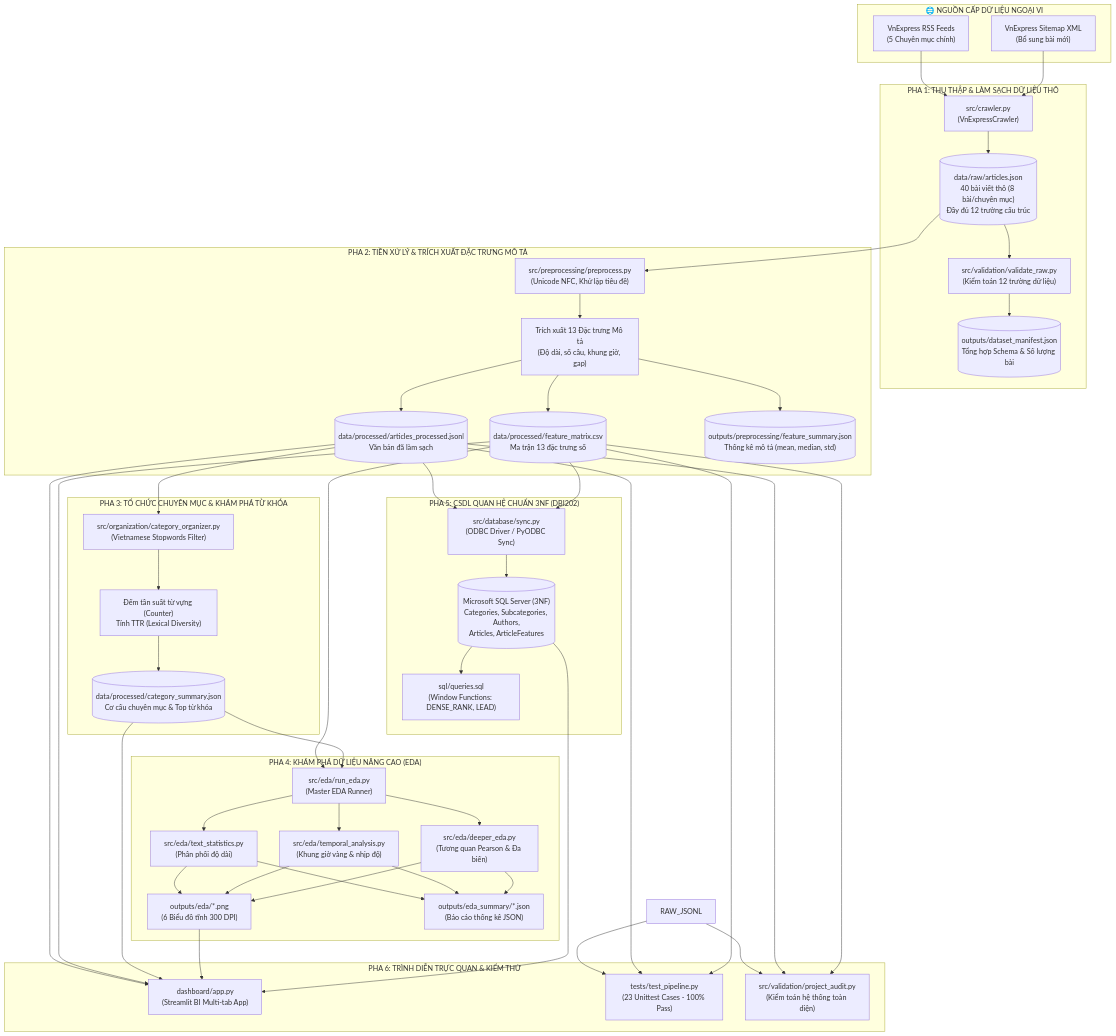
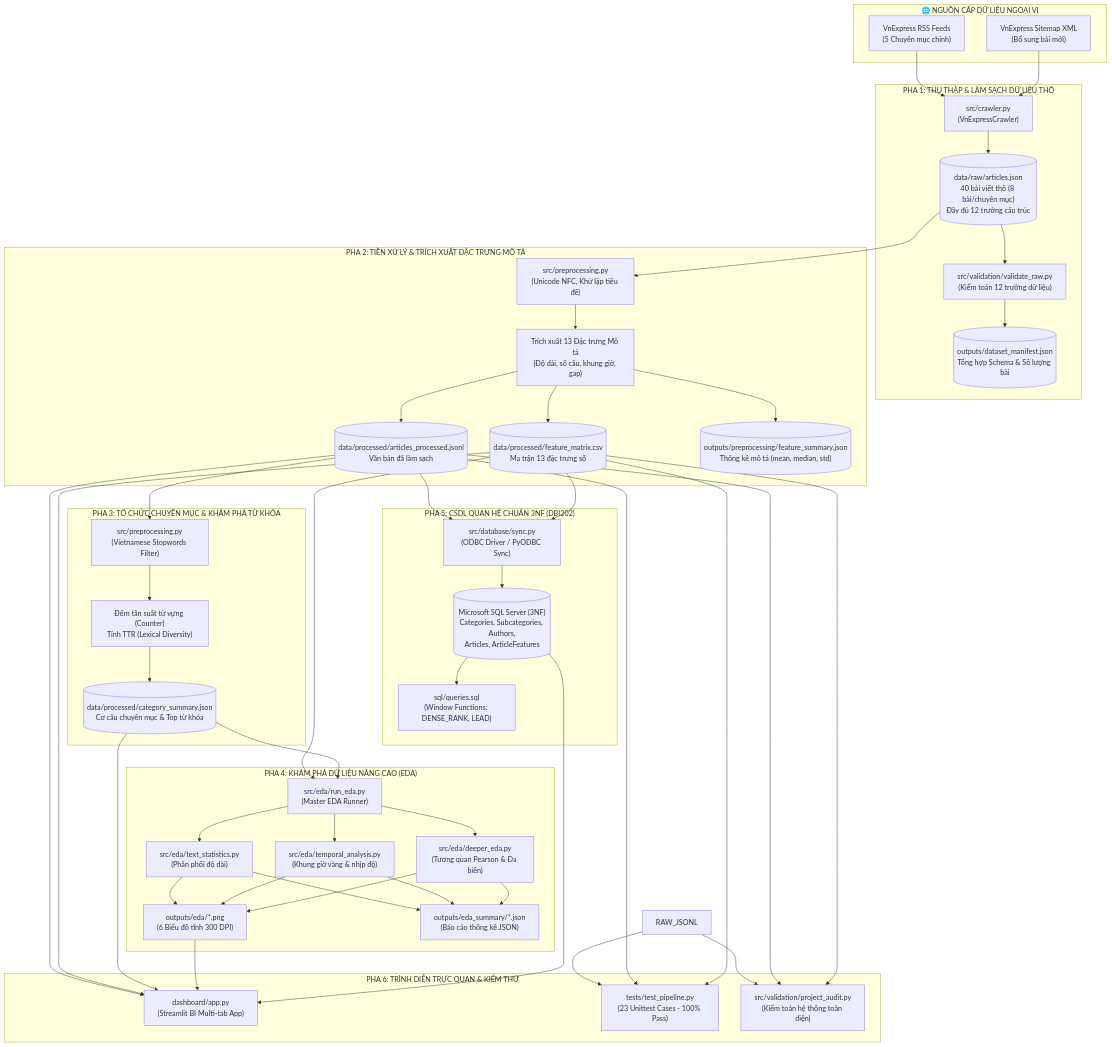
One commit to Trunghieu2007/ADY201m-Project changed the first of 5 diagrams in docs/pipeline_flow.md. Above: the diagram before and after it, drawn with Mermaid. The commit also changed other lines of this file and 7 other files, not shown here.

Commit message:
refactor: gop src/preprocessing va src/organization thanh src/preprocessing.py duy nhat (Pha T Transform)

````diff
--- a/docs/pipeline_flow.md
+++ b/docs/pipeline_flow.md
@@ -13,61 +13,61 @@
 ```mermaid
 flowchart TD
     subgraph S0 ["🌐 NGUỒN CẤP DỮ LIỆU NGOẠI VI"]
         RSS["VnExpress RSS Feeds\n(5 Chuyên mục chính)"]
         SITEMAP["VnExpress Sitemap XML\n(Bổ sung bài mới)"]
     end
 
     subgraph S1 ["PHA 1: THU THẬP & LÀM SẠCH DỮ LIỆU THÔ"]
         CRW["src/crawler.py\n(VnExpressCrawler)"]
         RAW_JSON[("data/raw/articles.json\n40 bài viết thô (8 bài/chuyên mục)\nĐầy đủ 12 trường cấu trúc")]
         VAL_RAW["src/validation/validate_raw.py\n(Kiểm toán 12 trường dữ liệu)"]
         MAN_RAW[("outputs/dataset_manifest.json\nTổng hợp Schema & Số lượng bài")]
     end
 
     subgraph S2 ["PHA 2: TIỀN XỬ LÝ & TRÍCH XUẤT ĐẶC TRƯNG MÔ TẢ"]
-        PRE["src/preprocessing/preprocess.py\n(Unicode NFC, Khử lặp tiêu đề)"]
+        PRE["src/preprocessing.py\n(Unicode NFC, Khử lặp tiêu đề)"]
         FEAT["Trích xuất 13 Đặc trưng Mô tả\n(Độ dài, số câu, khung giờ, gap)"]
         PROC_JSONL[("data/processed/articles_processed.jsonl\nVăn bản đã làm sạch")]
         FEAT_CSV[("data/processed/feature_matrix.csv\nMa trận 13 đặc trưng số")]
         FEAT_SUM[("outputs/preprocessing/feature_summary.json\nThống kê mô tả (mean, median, std)")]
     end
 
     subgraph S3 ["PHA 3: TỔ CHỨC CHUYÊN MỤC & KHÁM PHÁ TỪ KHÓA"]
-        ORG["src/organization/category_organizer.py\n(Vietnamese Stopwords Filter)"]
+        ORG["src/preprocessing.py\n(Vietnamese Stopwords Filter)"]
         VOCAB["Đếm tần suất từ vựng (Counter)\nTính TTR (Lexical Diversity)"]
         CAT_SUM[("data/processed/category_summary.json\nCơ cấu chuyên mục & Top từ khóa")]
     end
 
     subgraph S4 ["PHA 4: KHÁM PHÁ DỮ LIỆU NÂNG CAO (EDA)"]
         EDA_RUN["src/eda/run_eda.py\n(Master EDA Runner)"]
         EDA_TXT["src/eda/text_statistics.py\n(Phân phối độ dài)"]
         EDA_TIME["src/eda/temporal_analysis.py\n(Khung giờ vàng & nhịp độ)"]
         EDA_DEEP["src/eda/deeper_eda.py\n(Tương quan Pearson & Đa biến)"]
         EDA_PLOTS["outputs/eda/*.png\n(6 Biểu đồ tĩnh 300 DPI)"]
         EDA_REPS["outputs/eda_summary/*.json\n(Báo cáo thống kê JSON)"]
     end
 
     subgraph S5 ["PHA 5: CSDL QUAN HỆ CHUẨN 3NF (DBI202)"]
         SYNC["src/database/sync.py\n(ODBC Driver / PyODBC Sync)"]
         SQL_DB[("Microsoft SQL Server (3NF)\nCategories, Subcategories, Authors,\nArticles, ArticleFeatures")]
         QUERIES["sql/queries.sql\n(Window Functions: DENSE_RANK, LEAD)"]
     end
 
     subgraph S6 ["PHA 6: TRÌNH DIỄN TRỰC QUAN & KIỂM THỬ"]
         APP["dashboard/app.py\n(Streamlit BI Multi-tab App)"]
         TEST["tests/test_pipeline.py\n(23 Unittest Cases - 100% Pass)"]
         AUDIT["src/validation/project_audit.py\n(Kiểm toán hệ thống toàn diện)"]
     end
 
     RSS & SITEMAP --> CRW --> RAW_JSON
     RAW_JSON --> VAL_RAW --> MAN_RAW
     RAW_JSON --> PRE --> FEAT
     FEAT --> PROC_JSONL & FEAT_CSV & FEAT_SUM
     PROC_JSONL --> ORG --> VOCAB --> CAT_SUM
     FEAT_CSV & CAT_SUM --> EDA_RUN
     EDA_RUN --> EDA_TXT & EDA_TIME & EDA_DEEP
     EDA_TXT & EDA_TIME & EDA_DEEP --> EDA_PLOTS & EDA_REPS
     PROC_JSONL & FEAT_CSV --> SYNC --> SQL_DB --> QUERIES
     PROC_JSONL & FEAT_CSV & CAT_SUM & EDA_PLOTS & SQL_DB --> APP
     RAW_JSONL & PROC_JSONL & FEAT_CSV --> TEST & AUDIT
 ```
````
